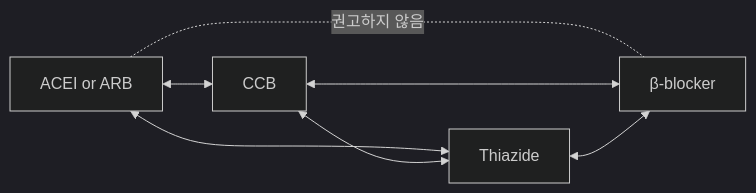
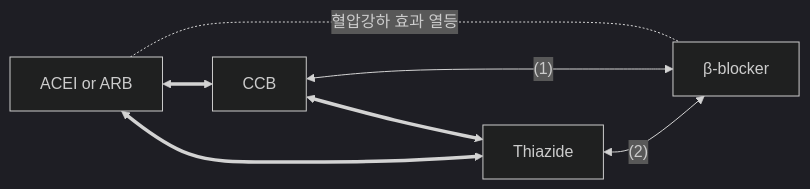
One commit to familyoh77/familyoh77 changed the third of 10 diagrams in 225_/095_-hypertension.md. Above: the diagram before and after it, drawn with Mermaid (dark theme). The commit also changed other lines of this file, not shown here.

````diff
--- a/225_/095_-hypertension.md
+++ b/225_/095_-hypertension.md
@@ -847,9 +847,9 @@
 ```mermaid
 graph LR
-    A["ACEI or ARB"] <--> B[CCB]
-    A <--> C[Thiazide]
-    A -. 권고하지 않음 .- D[β-blocker]
-    B <--> C
-    B <--> D
-    C <--> D
+    A["ACEI or ARB"] <==> C[CCB]
+    C <==> T
+    A <==> T[Thiazide]
+    A -. 혈압강하 효과 열등 .- B[β-blocker]
+    C <--(1)--> B
+    T <--(2)--> B
 ```
````
